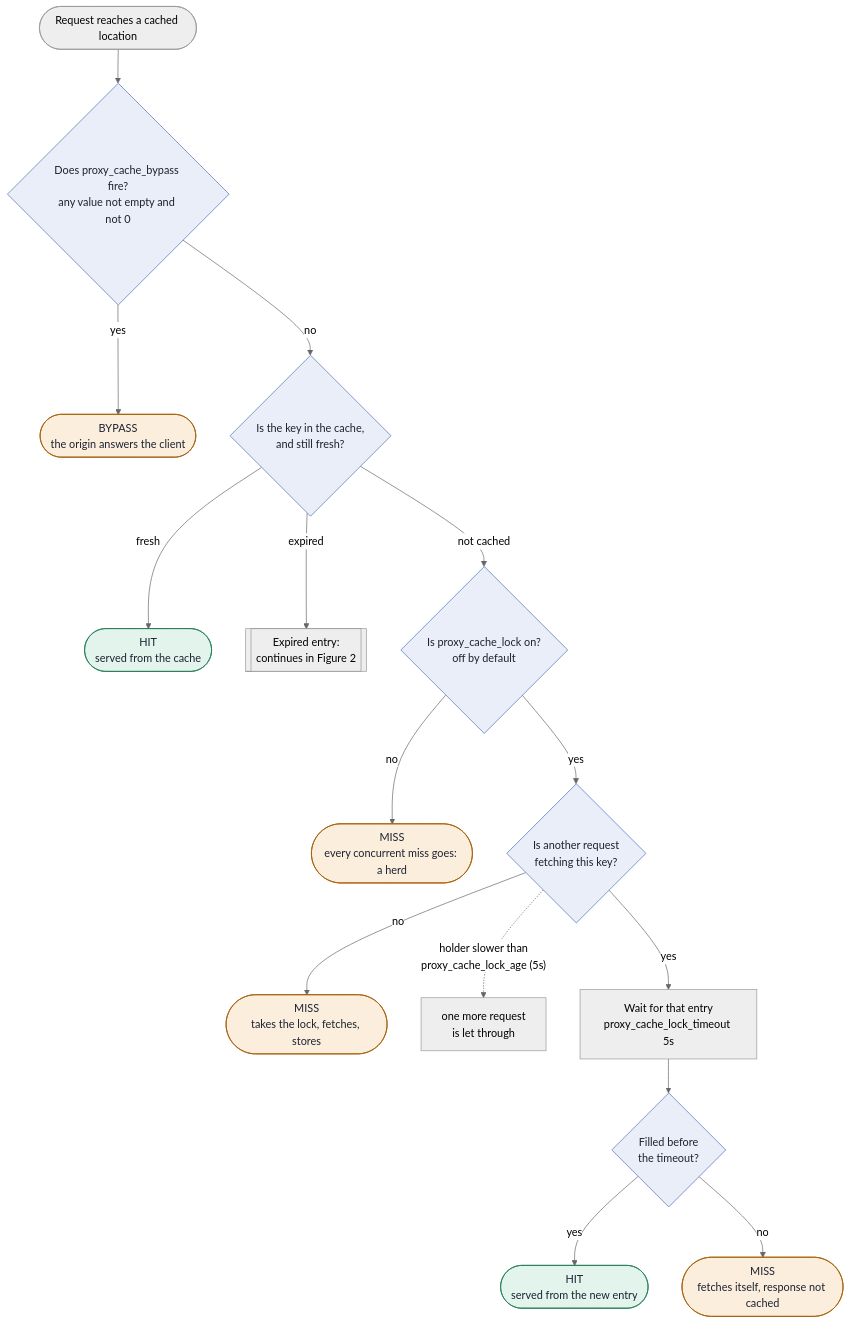
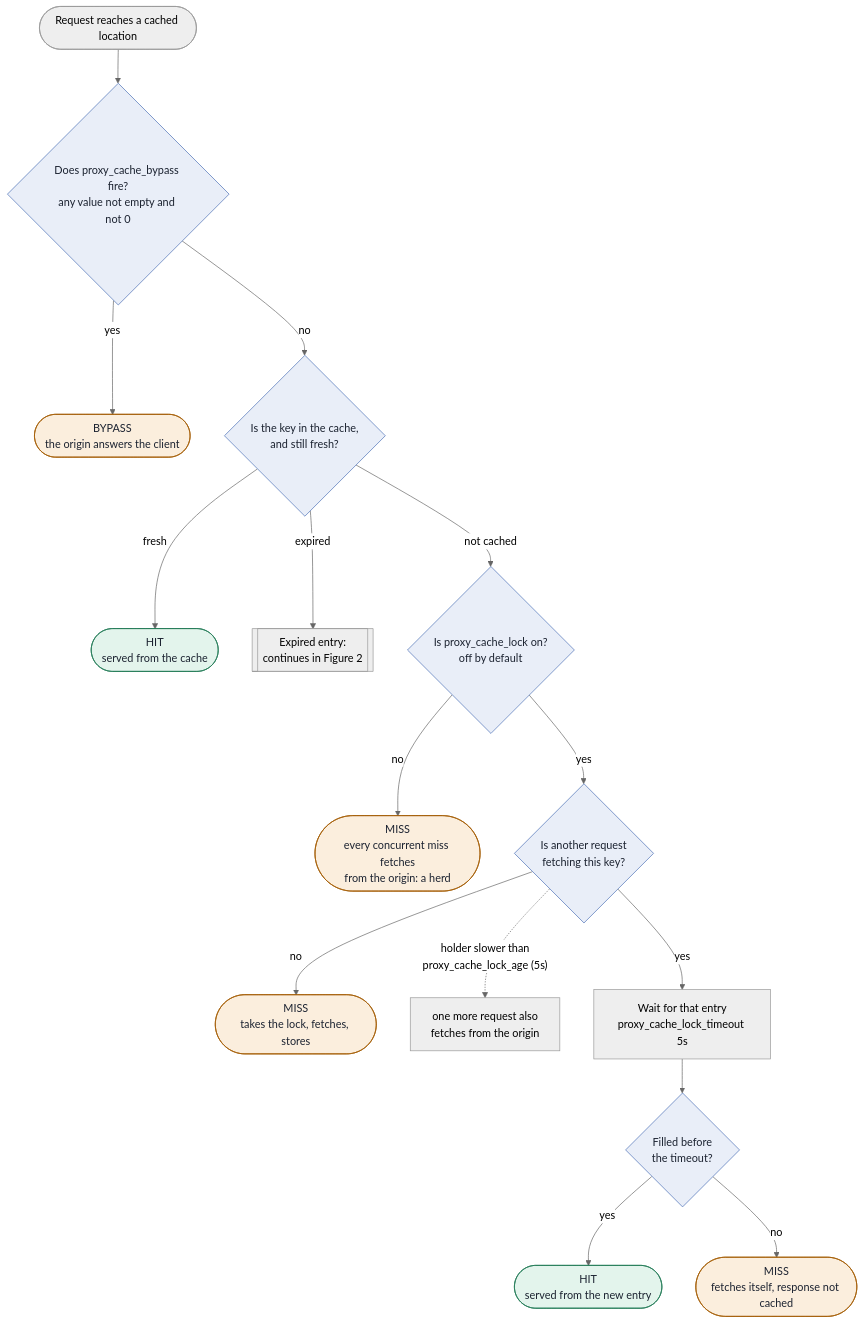
One commit to f5-rahm/NGINX-Learning-Journey changed the first of 11 diagrams in sprints/sprint-4/cache-under-pressure.md. Above: the diagram before and after it, drawn with Mermaid (neutral theme). The commit also changed other lines of this file and 1 other file, not shown here.

Commit message:
Sprint 4 Day 2 diagrams: say where the extra requests go
The lock-off MISS, the proxy_cache_lock_age note and the scenario 3
note now say the request fetches from the origin.

````diff
--- a/sprints/sprint-4/cache-under-pressure.md
+++ b/sprints/sprint-4/cache-under-pressure.md
@@ -16,24 +16,24 @@
 ```mermaid
 flowchart TD
     R(["Request reaches a cached location"]) --> B{"Does proxy_cache_bypass fire?<br/>any value not empty and not 0"}
     B -- yes --> BY(["BYPASS<br/>the origin answers the client"])
     B -- no --> K{"Is the key in the cache,<br/>and still fresh?"}
     K -- fresh --> HIT1(["HIT<br/>served from the cache"])
     K -- expired --> EXP[["Expired entry:<br/>continues in Figure 2"]]
     K -- not cached --> L{"Is proxy_cache_lock on?<br/>off by default"}
-    L -- no --> M1(["MISS<br/>every concurrent miss goes: a herd"])
+    L -- no --> M1(["MISS<br/>every concurrent miss fetches<br/>from the origin: a herd"])
     L -- yes --> F{"Is another request<br/>fetching this key?"}
     F -- no --> M2(["MISS<br/>takes the lock, fetches, stores"])
-    F -. "holder slower than<br/>proxy_cache_lock_age (5s)" .-> AGE["one more request<br/>is let through"]
+    F -. "holder slower than<br/>proxy_cache_lock_age (5s)" .-> AGE["one more request also<br/>fetches from the origin"]
     F -- yes --> W["Wait for that entry<br/>proxy_cache_lock_timeout 5s"]
     W --> T{"Filled before<br/>the timeout?"}
     T -- yes --> HIT2(["HIT<br/>served from the new entry"])
     T -- no --> M3(["MISS<br/>fetches itself, response not cached"])
 
     classDef cache fill:#e3f4ec,stroke:#1f7a55,color:#1b2230
     classDef origin fill:#fbeedd,stroke:#a35a00,color:#1b2230
     classDef dec fill:#e9eef8,stroke:#4a6fb5,color:#1b2230
     class HIT1,HIT2 cache
     class BY,M1,M2,M3 origin
     class B,K,L,F,T dec
 ```
````
